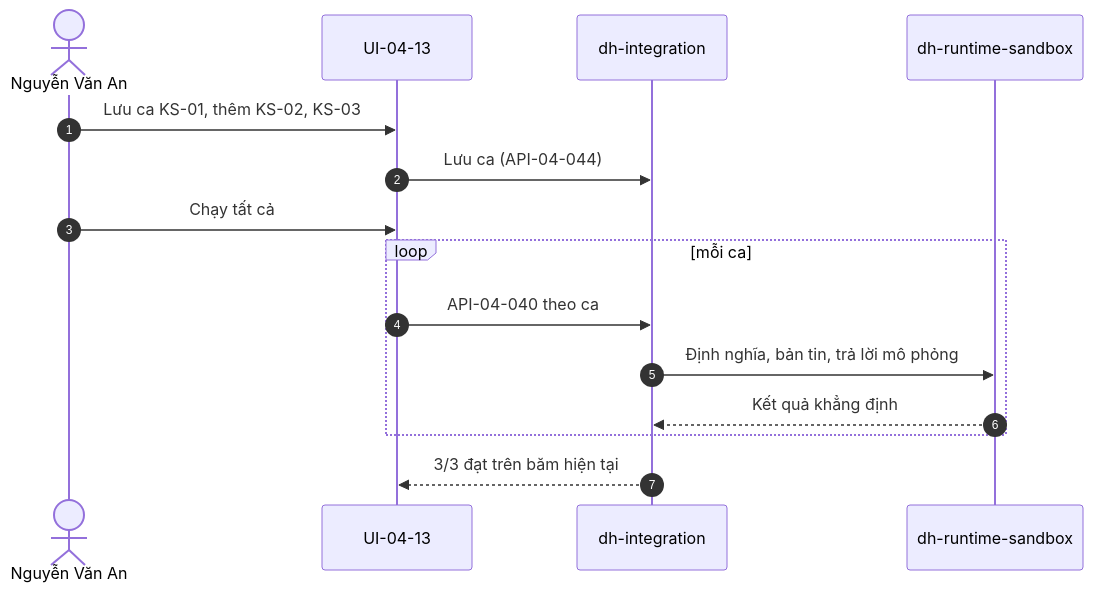
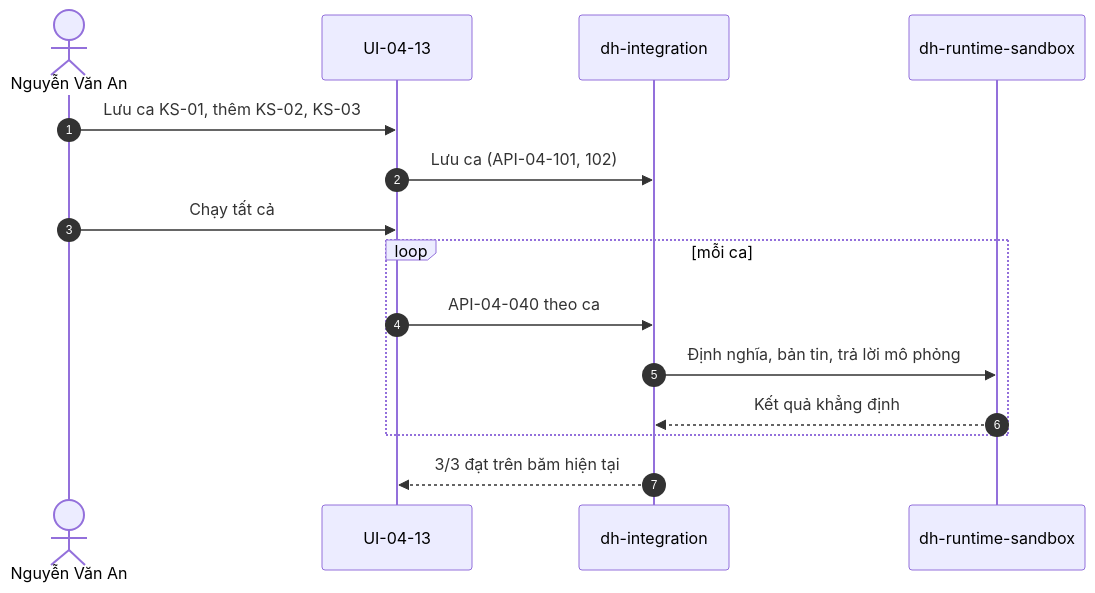
Diagram 11 of 25 in datahub-docs/02-yeu-cau/use-case/D02-04-PH04-use-case-tich-hop.md (caprocute/DATAHUB), drawn with Mermaid before and after one commit. The commit also changed other lines of this file and 105 other files, not shown here.

````diff
--- a/datahub-docs/02-yeu-cau/use-case/D02-04-PH04-use-case-tich-hop.md
+++ b/datahub-docs/02-yeu-cau/use-case/D02-04-PH04-use-case-tich-hop.md
@@ -1025,17 +1025,17 @@
 ```{.mermaid caption="Trình tự lưu và chạy bộ ca kiểm thử"}
 sequenceDiagram
     autonumber
     actor IE as Nguyễn Văn An
     participant UI as UI-04-13
     participant INT as dh-integration
     participant SB as dh-runtime-sandbox
     IE->>UI: Lưu ca KS-01, thêm KS-02, KS-03
-    UI->>INT: Lưu ca (API-04-044)
+    UI->>INT: Lưu ca (API-04-101, 102)
     IE->>UI: Chạy tất cả
     loop mỗi ca
         UI->>INT: API-04-040 theo ca
         INT->>SB: Định nghĩa, bản tin, trả lời mô phỏng
         SB-->>INT: Kết quả khẳng định
     end
     INT-->>UI: 3/3 đạt trên băm hiện tại
 ```
````
